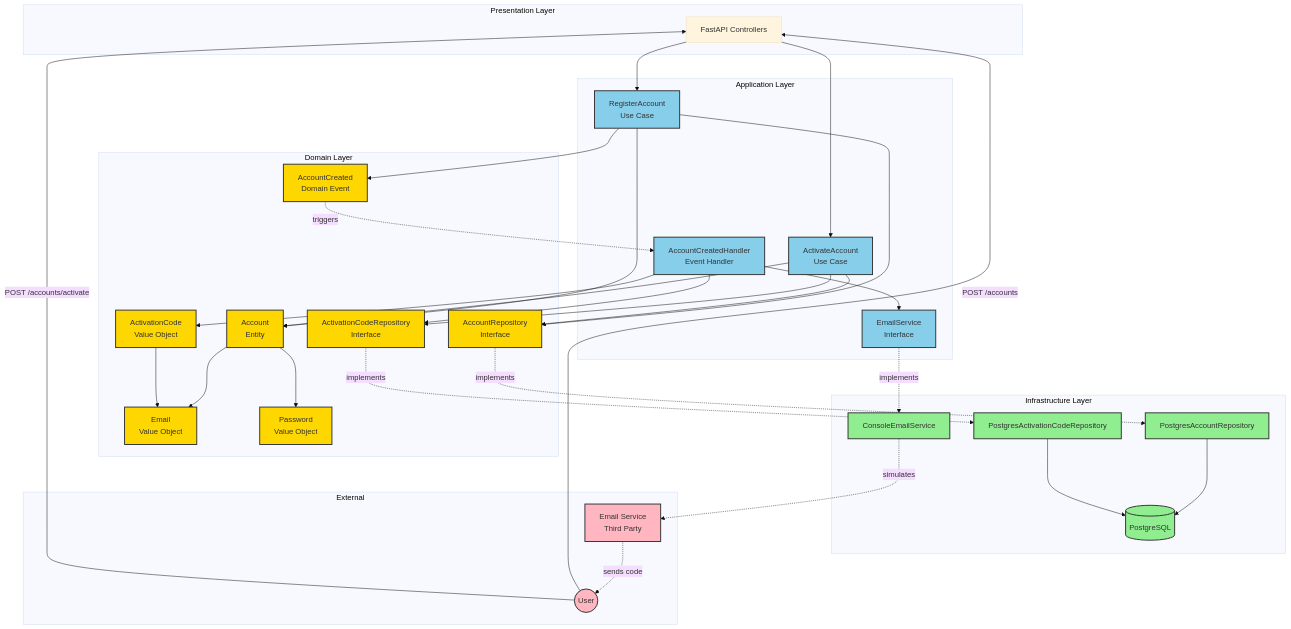
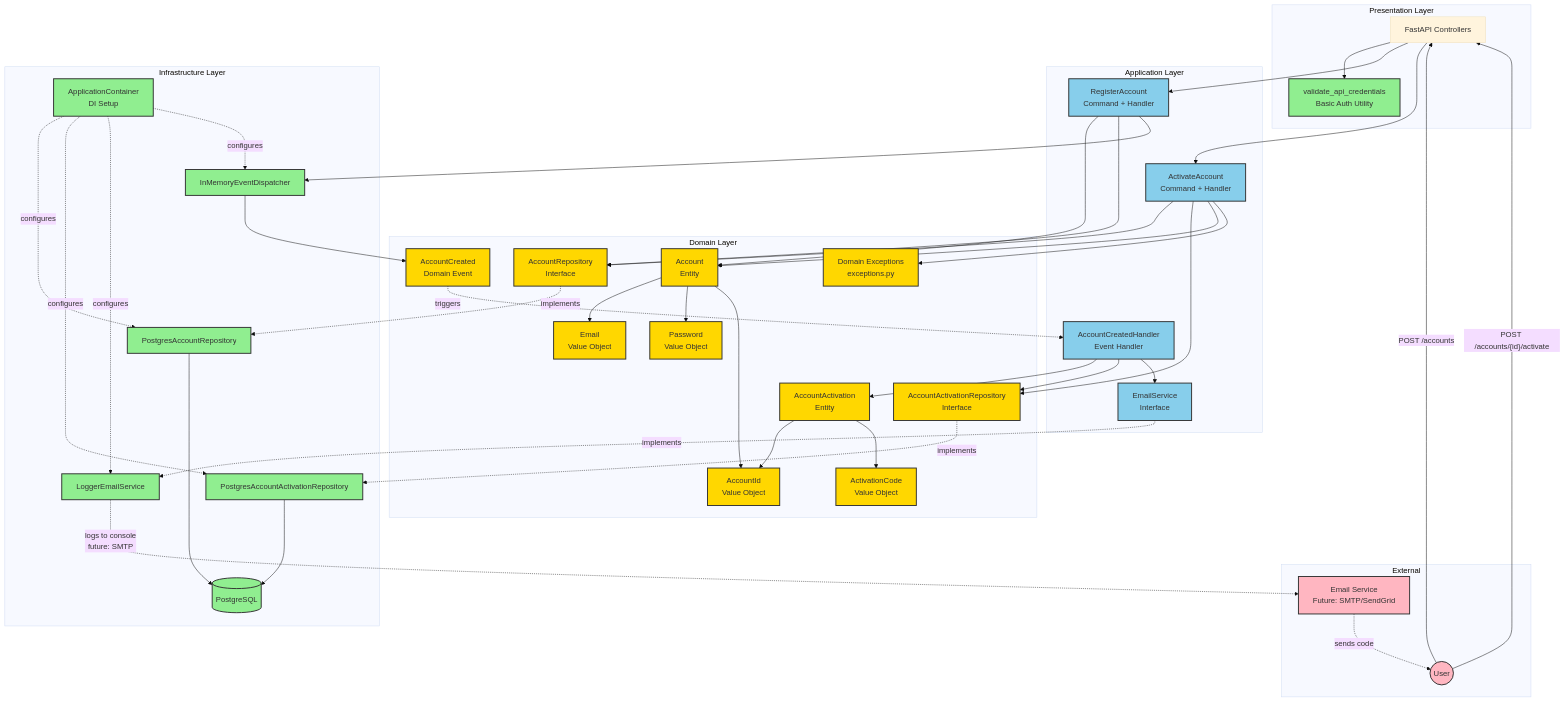
One commit to nytrimion/user-registration changed the diagram in docs/architecture-diagram.mmd. Above: the diagram before and after it, drawn with Mermaid (base theme). The commit also changed 4 other files, not shown here.

Commit message:
docs: update documentation + architecture diagram

```diff
--- a/docs/architecture-diagram.mmd
+++ b/docs/architecture-diagram.mmd
@@ -1,85 +1,104 @@
 graph TB
     subgraph "Presentation Layer"
         API[FastAPI Controllers]
+        Auth[validate_api_credentials<br/>Basic Auth Utility]
     end
 
     subgraph "Application Layer"
-        UC1[RegisterAccount<br/>Use Case]
-        UC2[ActivateAccount<br/>Use Case]
+        UC1[RegisterAccount<br/>Command + Handler]
+        UC2[ActivateAccount<br/>Command + Handler]
         EH[AccountCreatedHandler<br/>Event Handler]
         IEmail[EmailService<br/>Interface]
     end
 
     subgraph "Domain Layer"
         Account[Account<br/>Entity]
+        AccountActivation[AccountActivation<br/>Entity]
         Email[Email<br/>Value Object]
         Password[Password<br/>Value Object]
+        AccountId[AccountId<br/>Value Object]
         ActivationCode[ActivationCode<br/>Value Object]
         Event[AccountCreated<br/>Domain Event]
+        Exceptions[Domain Exceptions<br/>exceptions.py]
         IAccountRepo[AccountRepository<br/>Interface]
-        ICodeRepo[ActivationCodeRepository<br/>Interface]
+        IActivationRepo[AccountActivationRepository<br/>Interface]
     end
 
     subgraph "Infrastructure Layer"
         PostgresAccountRepo[PostgresAccountRepository]
-        PostgresCodeRepo[PostgresActivationCodeRepository]
-        ConsoleEmail[ConsoleEmailService]
+        PostgresActivationRepo[PostgresAccountActivationRepository]
+        LoggerEmail[LoggerEmailService]
+        EventDispatcher[InMemoryEventDispatcher]
         DB[(PostgreSQL)]
+        DIContainer[ApplicationContainer<br/>DI Setup]
     end
 
     subgraph "External"
         User((User))
-        SMTP[Email Service<br/>Third Party]
+        SMTP[Email Service<br/>Future: SMTP/SendGrid]
     end
 
     %% User interactions
-    User -->|POST /accounts| API
-    User -->|POST /accounts/activate| API
+    User -- "POST /accounts" --> API
+    User -- "POST /accounts/{id}/activate" --> API
+
+    %% API Security
+    API --> Auth
 
     %% API to Use Cases
     API --> UC1
     API --> UC2
 
     %% Use Cases to Domain
     UC1 --> Account
     UC1 --> IAccountRepo
-    UC1 --> Event
+    UC1 --> EventDispatcher
+    EventDispatcher --> Event
 
     UC2 --> IAccountRepo
-    UC2 --> ICodeRepo
+    UC2 --> IActivationRepo
     UC2 --> Account
+    UC2 --> Exceptions
 
     %% Event Handler
     Event -.->|triggers| EH
-    EH --> ICodeRepo
+    EH --> AccountActivation
+    EH --> IActivationRepo
     EH --> IEmail
-    EH --> ActivationCode
 
     %% Domain relationships
     Account --> Email
     Account --> Password
-    ActivationCode --> Email
+    Account --> AccountId
+    AccountActivation --> AccountId
+    AccountActivation --> ActivationCode
 
     %% Infrastructure implementations
     IAccountRepo -.->|implements| PostgresAccountRepo
-    ICodeRepo -.->|implements| PostgresCodeRepo
-    IEmail -.->|implements| ConsoleEmail
+    IActivationRepo -.->|implements| PostgresActivationRepo
+    IEmail -.->|implements| LoggerEmail
+
+    %% Dependency Injection
+    DIContainer -.->|configures| PostgresAccountRepo
+    DIContainer -.->|configures| PostgresActivationRepo
+    DIContainer -.->|configures| LoggerEmail
+    DIContainer -.->|configures| EventDispatcher
 
     %% Database
     PostgresAccountRepo --> DB
-    PostgresCodeRepo --> DB
+    PostgresActivationRepo --> DB
 
     %% External service
-    ConsoleEmail -.->|simulates| SMTP
+    LoggerEmail -.->|logs to console<br/>future: SMTP| SMTP
     SMTP -.->|sends code| User
 
     %% Styling
     classDef domain fill:#ffd700,stroke:#333,stroke-width:2px
     classDef application fill:#87ceeb,stroke:#333,stroke-width:2px
     classDef infrastructure fill:#90ee90,stroke:#333,stroke-width:2px
     classDef external fill:#ffb6c1,stroke:#333,stroke-width:2px
 
-    class Account,Email,Password,ActivationCode,Event,IAccountRepo,ICodeRepo domain
+    class Account,AccountActivation,Email,Password,AccountId,ActivationCode,Event,Exceptions,IAccountRepo,IActivationRepo domain
     class UC1,UC2,EH,IEmail application
-    class PostgresAccountRepo,PostgresCodeRepo,ConsoleEmail,DB infrastructure
+    class PostgresAccountRepo,PostgresActivationRepo,LoggerEmail,EventDispatcher,DB,DIContainer,Auth infrastructure
     class User,SMTP external
```
